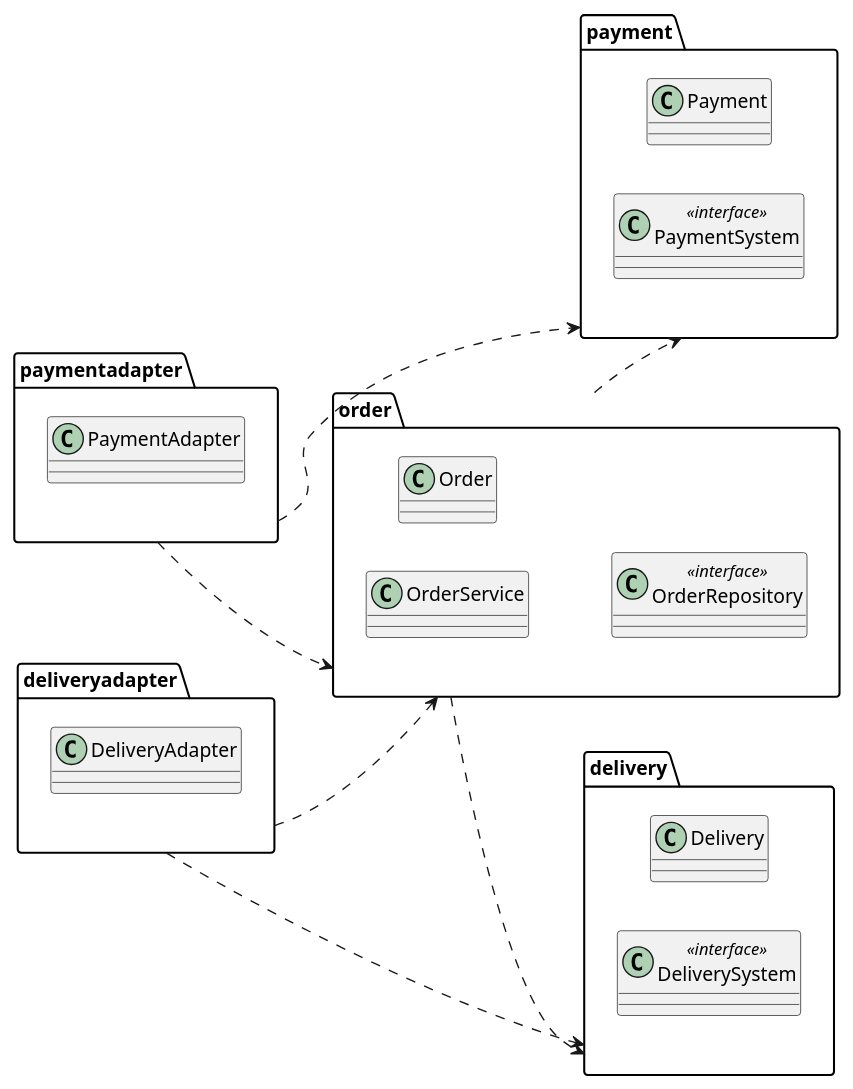
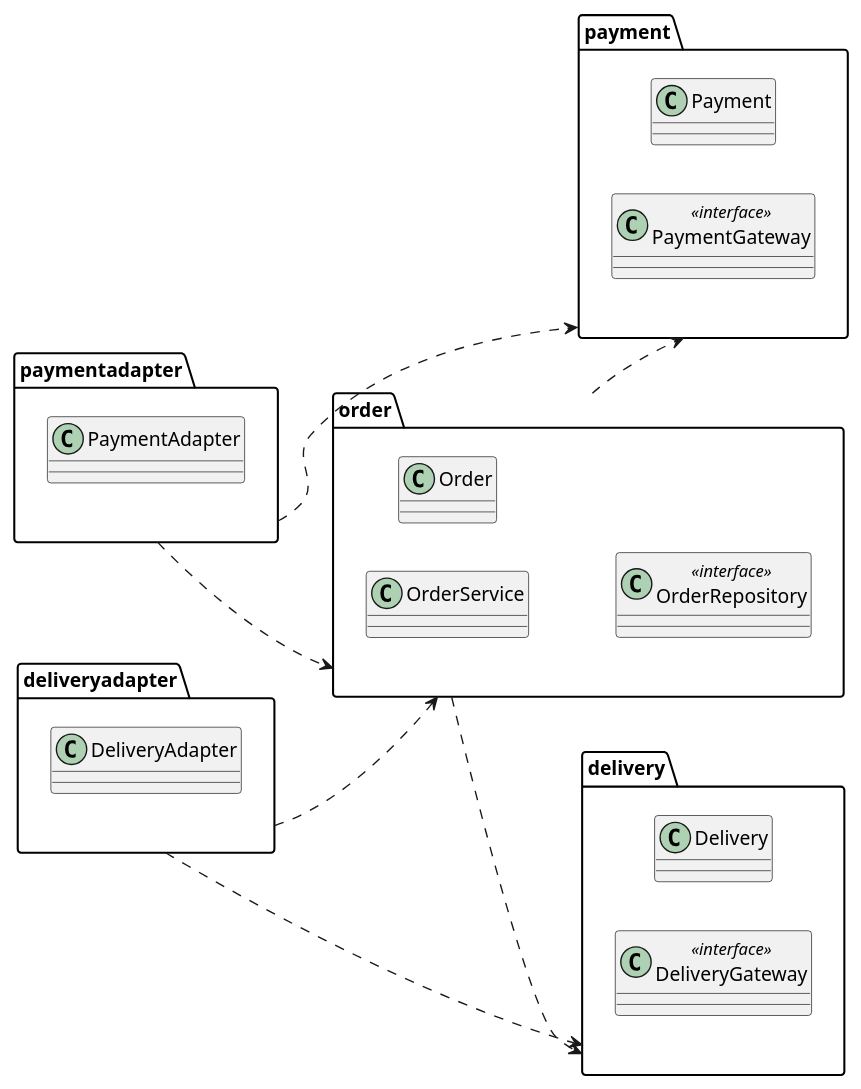
Diagram 11 of 16 in courses/ooad/sessions/s06.md (YoungSan77/TrainingMaterials), drawn with PlantUML before and after one commit. The commit also changed other lines of this file and 154 other files, not shown here.

````diff
--- a/courses/ooad/sessions/s06.md
+++ b/courses/ooad/sessions/s06.md
@@ -736,30 +736,30 @@
 ```plantuml:package
 @startuml
 left to right direction
 package "order" as O {
   class "OrderService" as V
   class "Order" as Order
   class "OrderRepository" as R <<interface>>
 }
 package "payment" as P {
   class "Payment" as Pay
-  class "PaymentSystem" as PS <<interface>>
+  class "PaymentGateway" as PS <<interface>>
 }
 package "delivery" as D {
   class "Delivery" as Del
-  class "DeliverySystem" as DS <<interface>>
+  class "DeliveryGateway" as DS <<interface>>
 }
 package "paymentadapter" as PA {
   class "PaymentAdapter" as PAd
 }
 package "deliveryadapter" as DA {
   class "DeliveryAdapter" as DAd
 }
 O ..> P
 O ..> D
 PA ..> P
 PA ..> O
 DA ..> D
 DA ..> O
 @enduml
 ```
````
